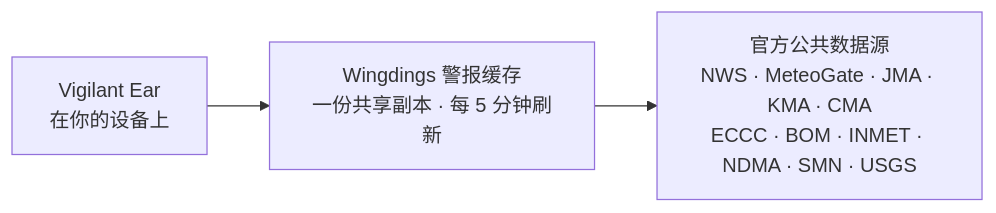
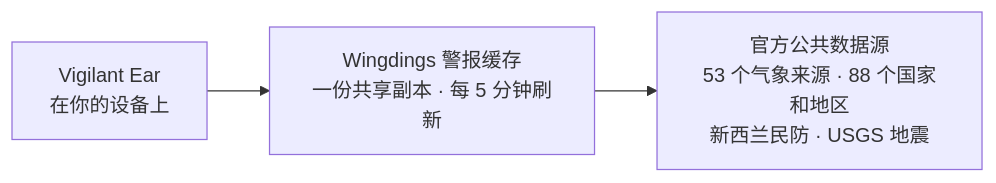
One commit to rpalm01-star/VigilantEarLegal changed the fourth of 4 diagrams in README_zh-Hans.md. Above: the diagram before and after it, drawn with Mermaid. The commit also changed other lines of this file and 44 other files, not shown here.

````diff
--- a/README_zh-Hans.md
+++ b/README_zh-Hans.md
@@ -171,5 +171,5 @@
 ```mermaid
 graph LR
     P1["Vigilant Ear<br/>在你的设备上"] --> W["Wingdings 警报缓存<br/>一份共享副本 · 每 5 分钟刷新"]
-    W --> N["官方公共数据源<br/>NWS · MeteoGate · JMA · KMA · CMA<br/>ECCC · BOM · INMET · NDMA · SMN · USGS"]
+    W --> N["官方公共数据源<br/>53 个气象来源 · 88 个国家和地区<br/>新西兰民防 · USGS 地震"]
 ```
````
